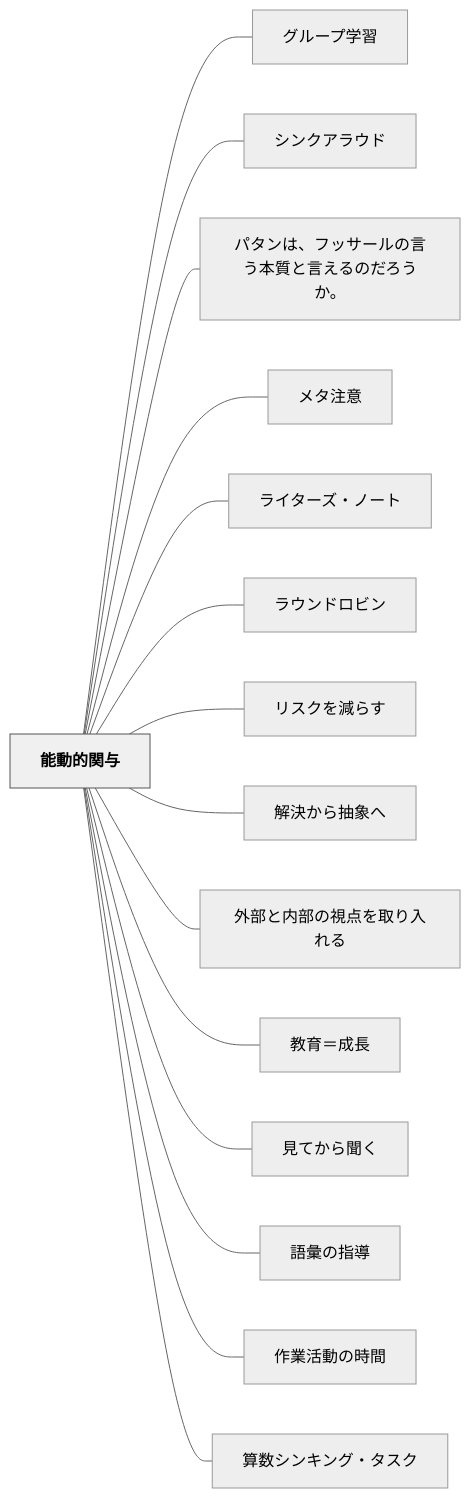
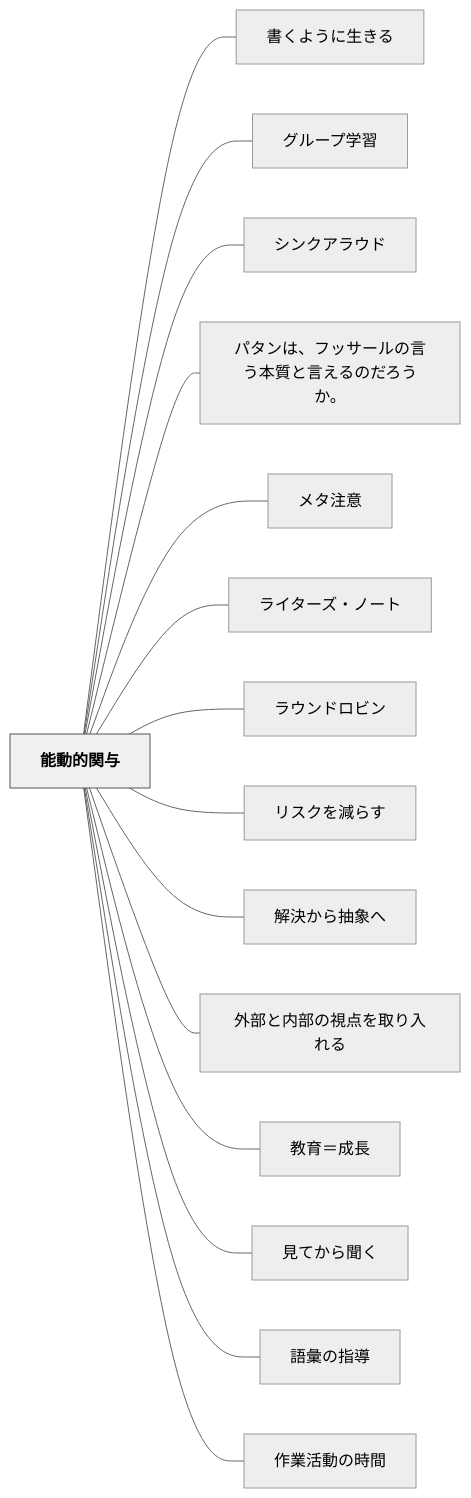
One commit to unknownthings-ed-patterns/unknownthings-ed-patterns changed the diagram in content/パタン/能動的関与.md. Above: the diagram before and after it, drawn with Mermaid (neutral theme). The commit also changed other lines of this file and 185 other files, not shown here.

````diff
--- a/content/パタン/能動的関与.md
+++ b/content/パタン/能動的関与.md
@@ -145,36 +146,36 @@
 ```mermaid
 flowchart LR
     ne883bde58b95e79a84e996a2e4b88e["能動的関与"]
+    ne69bb8e3818fe38288e38186e381abe7949fe3818de3828b["書くように生きる"]
     ne382b0e383abe383bce38397e5ada6e7bf92["グループ学習"]
     ne382b7e383b3e382afe382a2e383a9e382a6e38389["シンクアラウド"]
     ne38391e382bfe383b3e381afe38081e38395e38383e382b5e383bce383abe381aee8a880e38186e69cace8b3aae381a8e8a880e38188e3828be381aee381a0e3828de38186e3818be38082["パタンは、フッサールの言う本質と言えるのだろうか。"]
     ne383a1e382bfe6b3a8e6848f["メタ注意"]
     ne383a9e382a4e382bfe383bce382bae383bbe3838ee383bce38388["ライターズ・ノート"]
     ne383a9e382a6e383b3e38389e383ade38393e383b3["ラウンドロビン"]
     ne383aae382b9e382afe38292e6b89be38289e38199["リスクを減らす"]
     ne8a7a3e6b1bae3818be38289e68abde8b1a1e381b8["解決から抽象へ"]
     ne5a496e983a8e381a8e58685e983a8e381aee8a696e782b9e38292e58f96e3828ae585a5e3828ce3828b["外部と内部の視点を取り入れる"]
     ne69599e882b2efbc9de68890e995b7["教育＝成長"]
     ne8a68be381a6e3818be38289e8819ee3818f["見てから聞く"]
     ne8aa9ee5bd99e381aee68c87e5b08e["語彙の指導"]
     ne4bd9ce6a5ade6b4bbe58b95e381aee69982e99693["作業活動の時間"]
-    ne7ae97e695b0e382b7e383b3e382ade383b3e382b0e383bbe382bfe382b9e382af["算数シンキング・タスク"]
 
+    ne883bde58b95e79a84e996a2e4b88e --- ne69bb8e3818fe38288e38186e381abe7949fe3818de3828b
     ne883bde58b95e79a84e996a2e4b88e --- ne382b0e383abe383bce38397e5ada6e7bf92
     ne883bde58b95e79a84e996a2e4b88e --- ne382b7e383b3e382afe382a2e383a9e382a6e38389
     ne883bde58b95e79a84e996a2e4b88e --- ne38391e382bfe383b3e381afe38081e38395e38383e382b5e383bce383abe381aee8a880e38186e69cace8b3aae381a8e8a880e38188e3828be381aee381a0e3828de38186e3818be38082
     ne883bde58b95e79a84e996a2e4b88e --- ne383a1e382bfe6b3a8e6848f
     ne883bde58b95e79a84e996a2e4b88e --- ne383a9e382a4e382bfe383bce382bae383bbe3838ee383bce38388
     ne883bde58b95e79a84e996a2e4b88e --- ne383a9e382a6e383b3e38389e383ade38393e383b3
     ne883bde58b95e79a84e996a2e4b88e --- ne383aae382b9e382afe38292e6b89be38289e38199
     ne883bde58b95e79a84e996a2e4b88e --- ne8a7a3e6b1bae3818be38289e68abde8b1a1e381b8
     ne883bde58b95e79a84e996a2e4b88e --- ne5a496e983a8e381a8e58685e983a8e381aee8a696e782b9e38292e58f96e3828ae585a5e3828ce3828b
     ne883bde58b95e79a84e996a2e4b88e --- ne69599e882b2efbc9de68890e995b7
     ne883bde58b95e79a84e996a2e4b88e --- ne8a68be381a6e3818be38289e8819ee3818f
     ne883bde58b95e79a84e996a2e4b88e --- ne8aa9ee5bd99e381aee68c87e5b08e
     ne883bde58b95e79a84e996a2e4b88e --- ne4bd9ce6a5ade6b4bbe58b95e381aee69982e99693
-    ne883bde58b95e79a84e996a2e4b88e --- ne7ae97e695b0e382b7e383b3e382ade383b3e382b0e383bbe382bfe382b9e382af
 
     classDef hub fill:#f0f0f0,stroke:#555,color:#000,font-weight:bold
     class ne883bde58b95e79a84e996a2e4b88e hub
 ```
````
